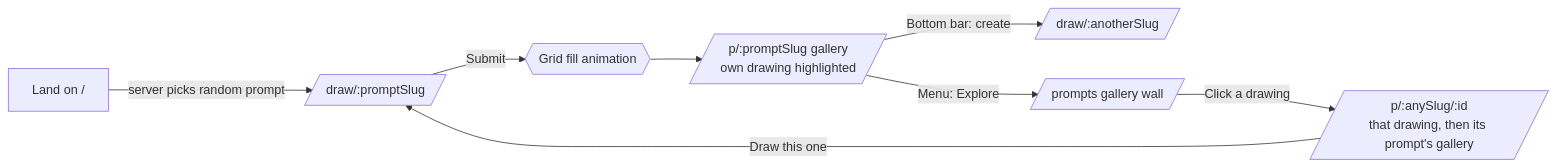
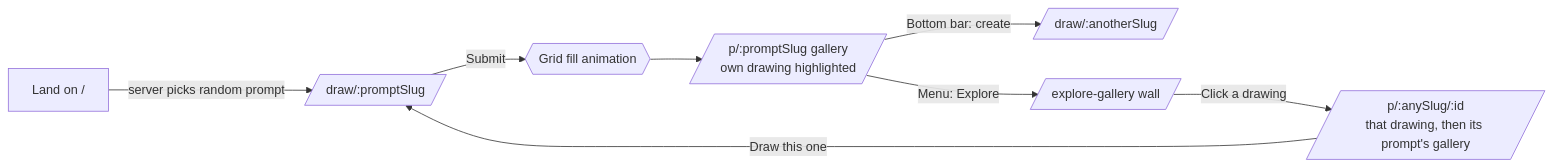
One commit to rebeccali/solcollab changed the first of 2 diagrams in docs/DESIGN.md. Above: the diagram before and after it, drawn with Mermaid. The commit also changed other lines of this file and 6 other files, not shown here.

First line of the commit message:
Rename explore page to /explore-gallery and update menu labels

````diff
--- a/docs/DESIGN.md
+++ b/docs/DESIGN.md
@@ -37,10 +37,10 @@
 ```mermaid
 flowchart LR
   A[Land on /] -->|server picks random prompt| B[/draw/:promptSlug/]
   B -->|Submit| C{{Grid fill animation}}
   C --> D[/p/:promptSlug gallery<br/>own drawing highlighted/]
   D -->|Bottom bar: create| B2[/draw/:anotherSlug/]
-  D -->|Menu: Explore| E[/prompts gallery wall/]
+  D -->|Menu: Explore| E[/explore-gallery wall/]
   E -->|Click a drawing| D2[/p/:anySlug/:id<br/>that drawing, then its prompt's gallery/]
   D2 -->|Draw this one| B
 ```
````
